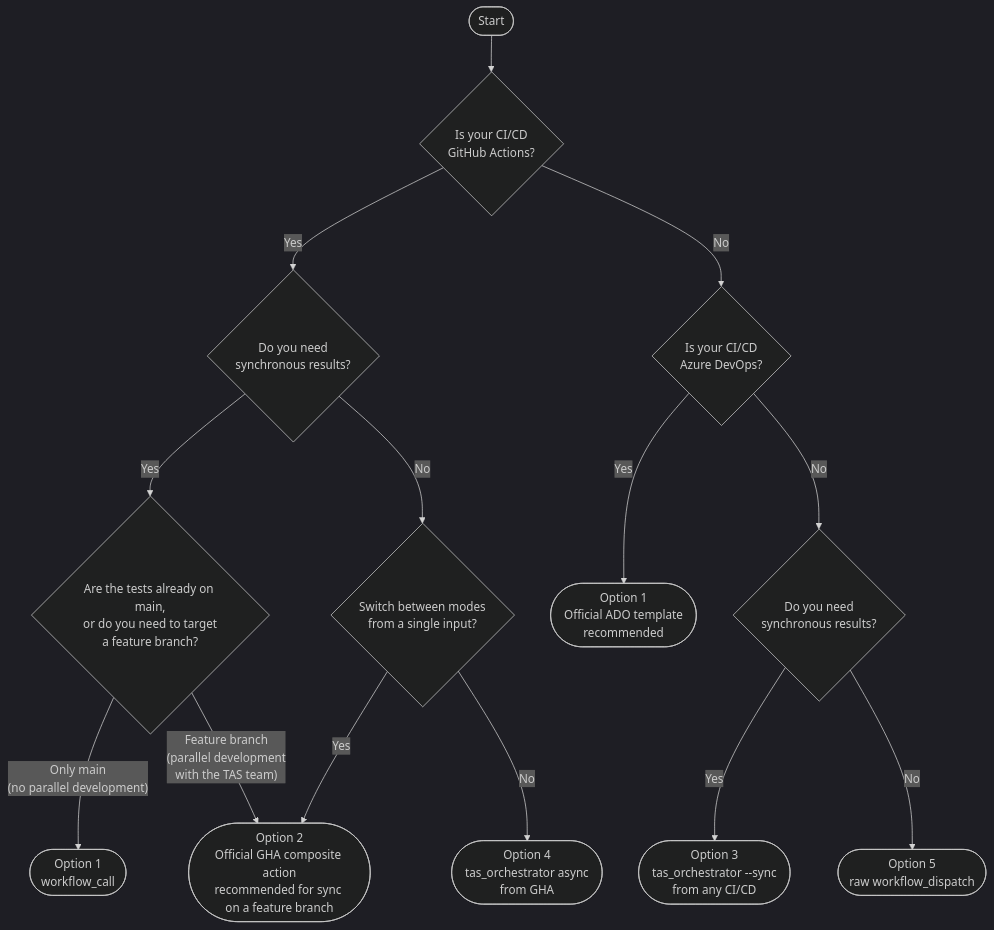
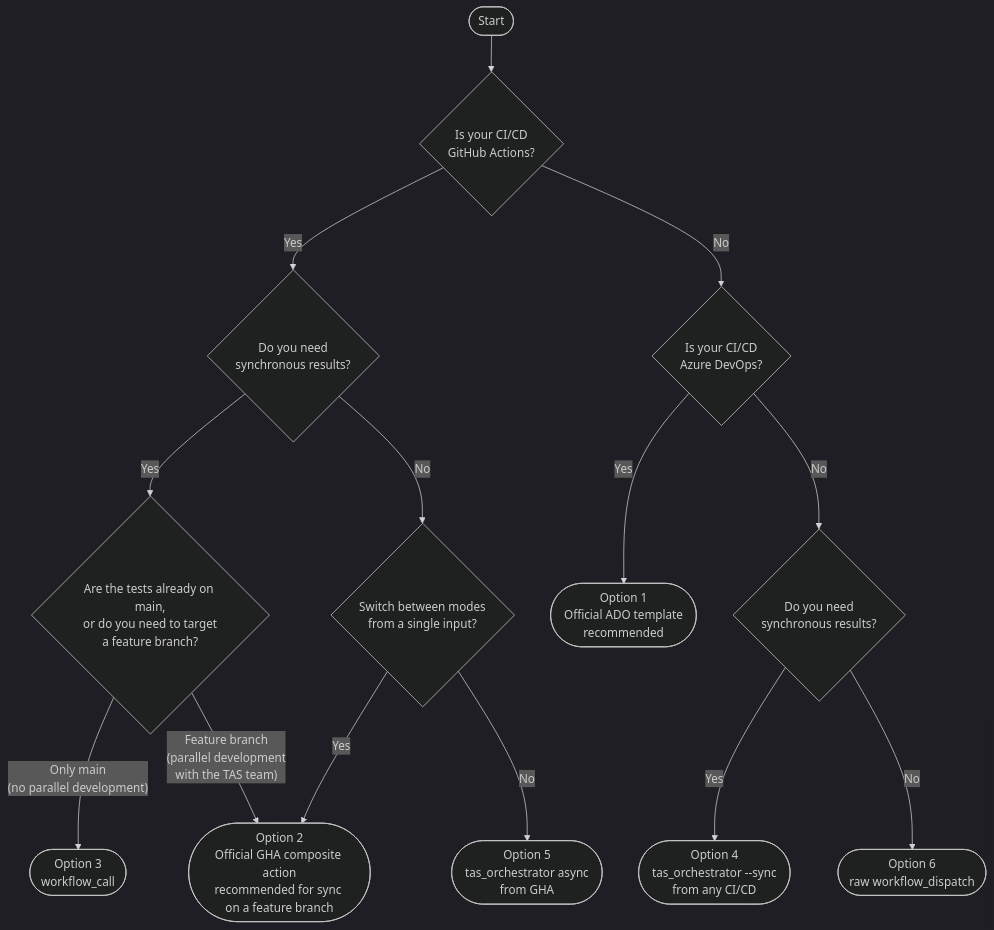
Before and after one commit to pagopa/pagopa-platform-integration-test: the diagram in docs/tas/tas-developer-guide.md, drawn with Mermaid (dark theme). The commit also changed other lines of this file, not shown here.

````diff
--- a/docs/tas/tas-developer-guide.md
+++ b/docs/tas/tas-developer-guide.md
@@ -42,22 +42,22 @@
 ```mermaid
 flowchart TD
     A([Start]) --> B{Is your CI/CD\nGitHub Actions?}
 
     B -- Yes --> GHA{Do you need\nsynchronous results?}
     B -- No --> ADO{Is your CI/CD\nAzure DevOps?}
 
     ADO -- Yes --> G([Option 1\nOfficial ADO template\nrecommended])
     ADO -- No --> G2{Do you need\nsynchronous results?}
 
     GHA -- Yes --> D{Are the tests already on main,\nor do you need to target\na feature branch?}
     GHA -- No --> GHA_ASYNC{Switch between modes\nfrom a single input?}
 
-    D -- "Only main\n(no parallel development)" --> F([Option 1\nworkflow_call])
+    D -- "Only main\n(no parallel development)" --> F([Option 3\nworkflow_call])
     D -- "Feature branch\n(parallel development\nwith the TAS team)" --> GHA_TPL([Option 2\nOfficial GHA composite action\nrecommended for sync on a feature branch])
 
     GHA_ASYNC -- Yes --> GHA_TPL
-    GHA_ASYNC -- No  --> E([Option 4\ntas_orchestrator async\nfrom GHA])
+    GHA_ASYNC -- No  --> E([Option 5\ntas_orchestrator async\nfrom GHA])
 
-    G2 -- Yes --> I([Option 3\ntas_orchestrator --sync\nfrom any CI/CD])
-    G2 -- No --> L([Option 5\nraw workflow_dispatch])
+    G2 -- Yes --> I([Option 4\ntas_orchestrator --sync\nfrom any CI/CD])
+    G2 -- No --> L([Option 6\nraw workflow_dispatch])
 ```
````
